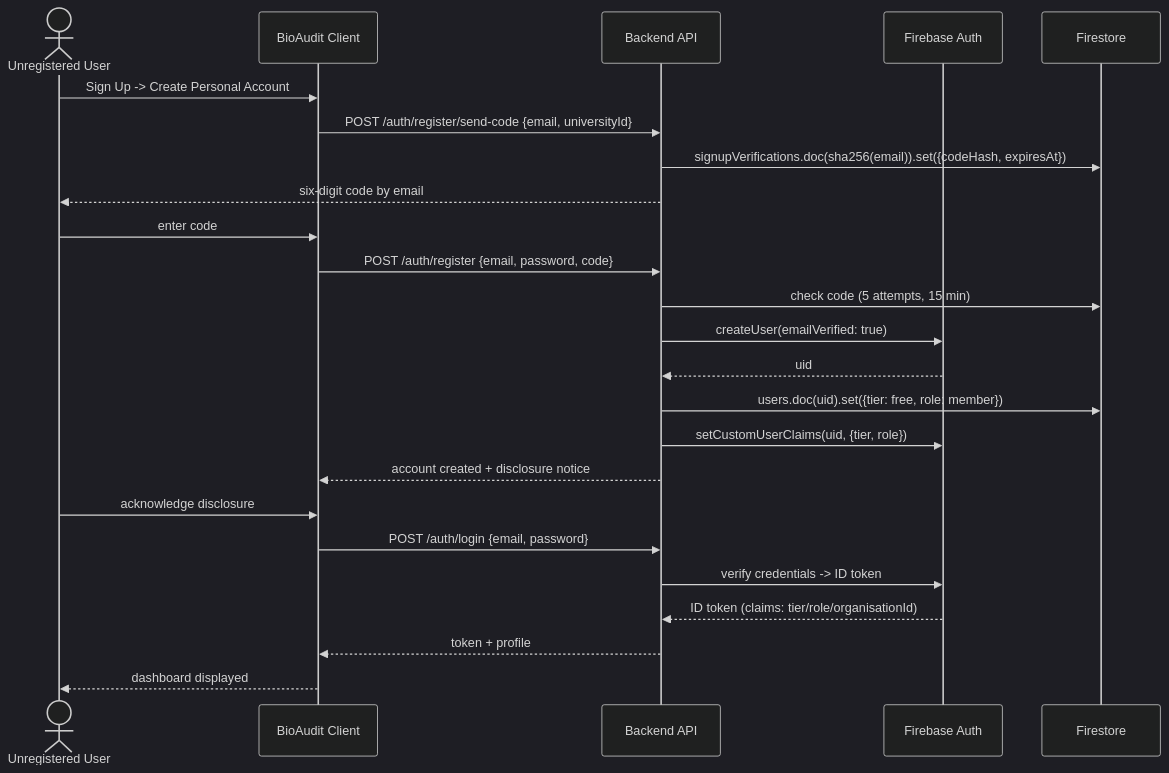
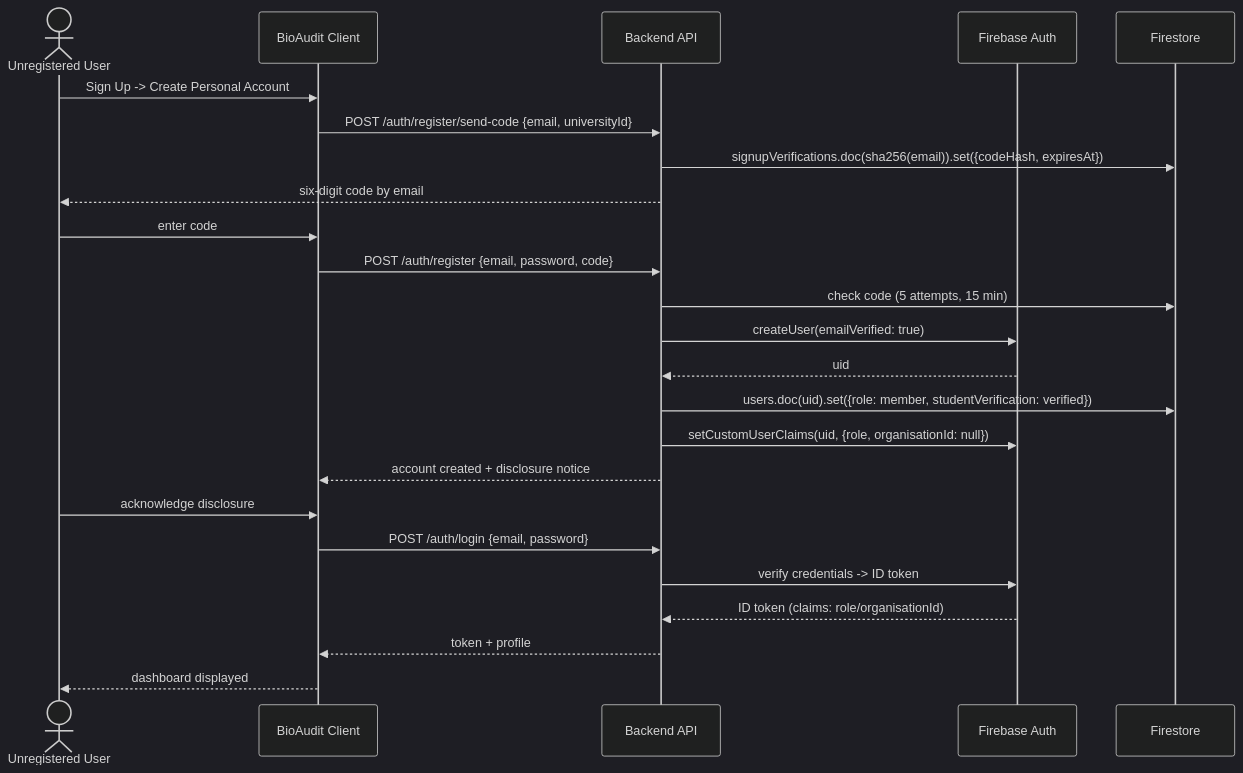
One commit to FYP-UOW-2026/Final_Year_Project changed the fifth of 10 diagrams in backend/docs/TDM-technical-design-manual.md. Above: the diagram before and after it, drawn with Mermaid (dark theme). The commit also changed other lines of this file and 9 other files, not shown here.

````diff
--- a/backend/docs/TDM-technical-design-manual.md
+++ b/backend/docs/TDM-technical-design-manual.md
@@ -245,27 +268,27 @@
 ```mermaid
 sequenceDiagram
     actor U as Unregistered User
     participant GUI as BioAudit Client
     participant API as Backend API
     participant FBA as Firebase Auth
     participant FS as Firestore
 
     U->>GUI: Sign Up -> Create Personal Account
     GUI->>API: POST /auth/register/send-code {email, universityId}
     API->>FS: signupVerifications.doc(sha256(email)).set({codeHash, expiresAt})
     API-->>U: six-digit code by email
     U->>GUI: enter code
     GUI->>API: POST /auth/register {email, password, code}
     API->>FS: check code (5 attempts, 15 min)
     API->>FBA: createUser(emailVerified: true)
     FBA-->>API: uid
-    API->>FS: users.doc(uid).set({tier: free, role: member})
-    API->>FBA: setCustomUserClaims(uid, {tier, role})
+    API->>FS: users.doc(uid).set({role: member, studentVerification: verified})
+    API->>FBA: setCustomUserClaims(uid, {role, organisationId: null})
     API-->>GUI: account created + disclosure notice
     U->>GUI: acknowledge disclosure
     GUI->>API: POST /auth/login {email, password}
     API->>FBA: verify credentials -> ID token
-    FBA-->>API: ID token (claims: tier/role/organisationId)
+    FBA-->>API: ID token (claims: role/organisationId)
     API-->>GUI: token + profile
     GUI-->>U: dashboard displayed
 ```
````
